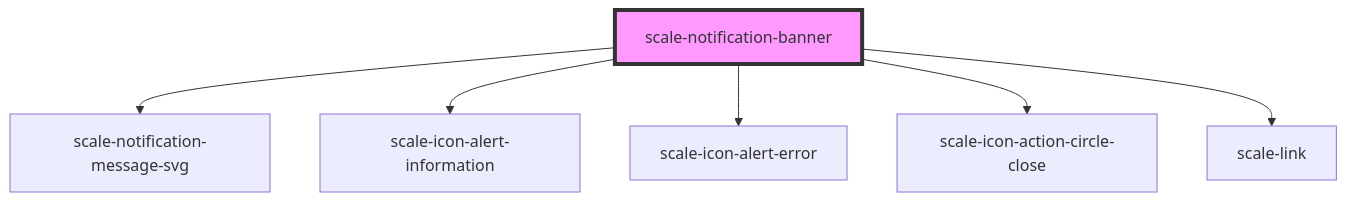
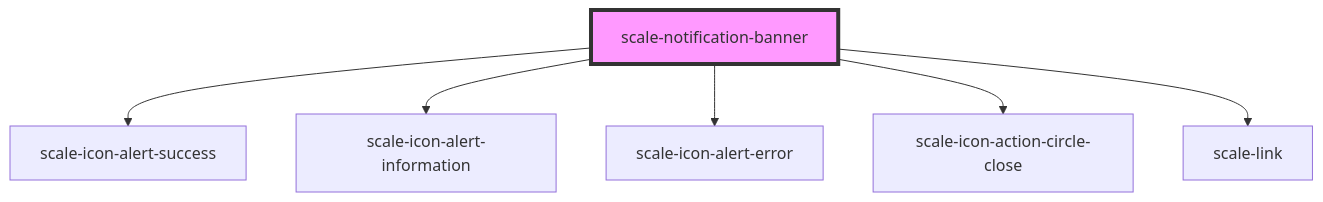
The diagram in packages/components/src/components/notification-banner/readme.md (telekom/scale), drawn with Mermaid before and after one commit. The commit also changed other lines of this file and 7 other files, not shown here.

Commit message:
refactor: success icon usage

````diff
--- a/packages/components/src/components/notification-banner/readme.md
+++ b/packages/components/src/components/notification-banner/readme.md
@@ -54,9 +54,9 @@
 ```mermaid
 graph TD;
-  scale-notification-banner --> scale-notification-message-svg
+  scale-notification-banner --> scale-icon-alert-success
   scale-notification-banner --> scale-icon-alert-information
   scale-notification-banner --> scale-icon-alert-error
   scale-notification-banner --> scale-icon-action-circle-close
   scale-notification-banner --> scale-link
   style scale-notification-banner fill:#f9f,stroke:#333,stroke-width:4px
 ```
````
